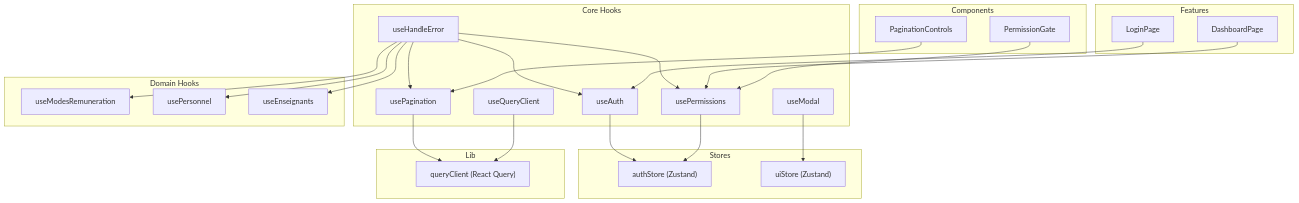
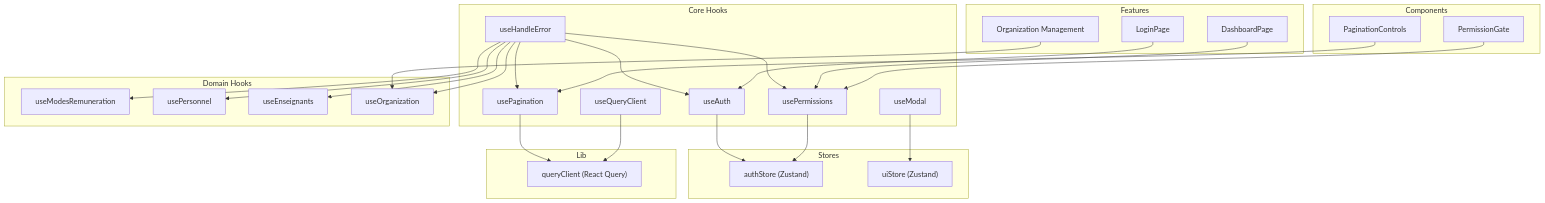
One commit to franckylab/eLISAschool changed the first of 6 diagrams in .qoder/repowiki/en/content/System Architecture/Frontend Architecture/State Management/Custom Hooks Patterns.md. Above: the diagram before and after it, drawn with Mermaid. The commit also changed other lines of this file and 270 other files, not shown here.

````diff
--- a/.qoder/repowiki/en/content/System Architecture/Frontend Architecture/State Management/Custom Hooks Patterns.md
+++ b/.qoder/repowiki/en/content/System Architecture/Frontend Architecture/State Management/Custom Hooks Patterns.md
@@ -55,46 +58,50 @@
 ```mermaid
 graph TB
 subgraph "Core Hooks"
 H_Auth["useAuth"]
 H_Perms["usePermissions"]
 H_Pag["usePagination"]
 H_Modal["useModal"]
 H_QC["useQueryClient"]
 H_Error["useHandleError"]
 end
 subgraph "Domain Hooks"
 H_Remun["useModesRemuneration"]
 H_Personnel["usePersonnel"]
 H_Enseignants["useEnseignants"]
+H_Org["useOrganization"]
 end
 subgraph "Stores"
 S_Auth["authStore (Zustand)"]
 S_UI["uiStore (Zustand)"]
 end
 subgraph "Lib"
 L_QC["queryClient (React Query)"]
 end
 subgraph "Features"
 F_Login["LoginPage"]
 F_Dash["DashboardPage"]
+F_Org["Organization Management"]
 end
 subgraph "Components"
 C_Pag["PaginationControls"]
 C_Perms["PermissionGate"]
 end
 H_Auth --> S_Auth
 H_Perms --> S_Auth
 H_Modal --> S_UI
 H_Pag --> L_QC
 H_QC --> L_QC
 H_Error --> H_Auth
 H_Error --> H_Perms
 H_Error --> H_Pag
 H_Error --> H_Remun
 H_Error --> H_Personnel
 H_Error --> H_Enseignants
+H_Error --> H_Org
 F_Login --> H_Auth
 F_Dash --> H_Perms
+F_Org --> H_Org
 C_Pag --> H_Pag
 C_Perms --> H_Perms
 ```
````
